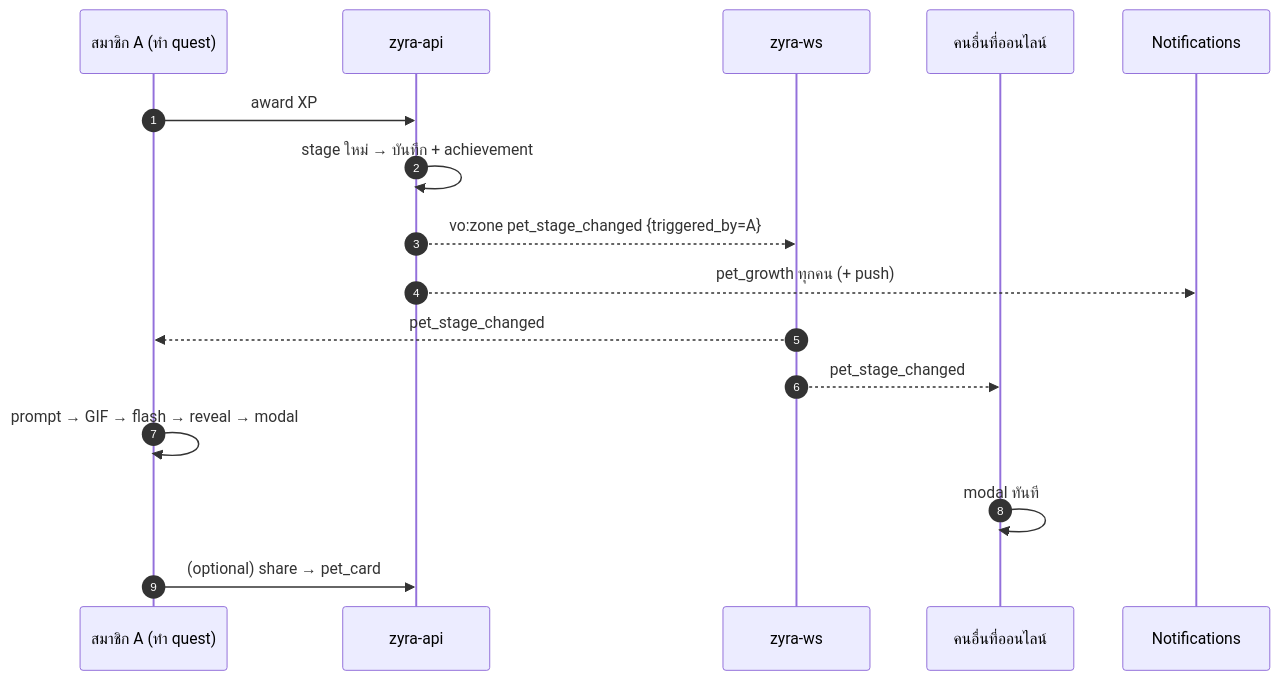
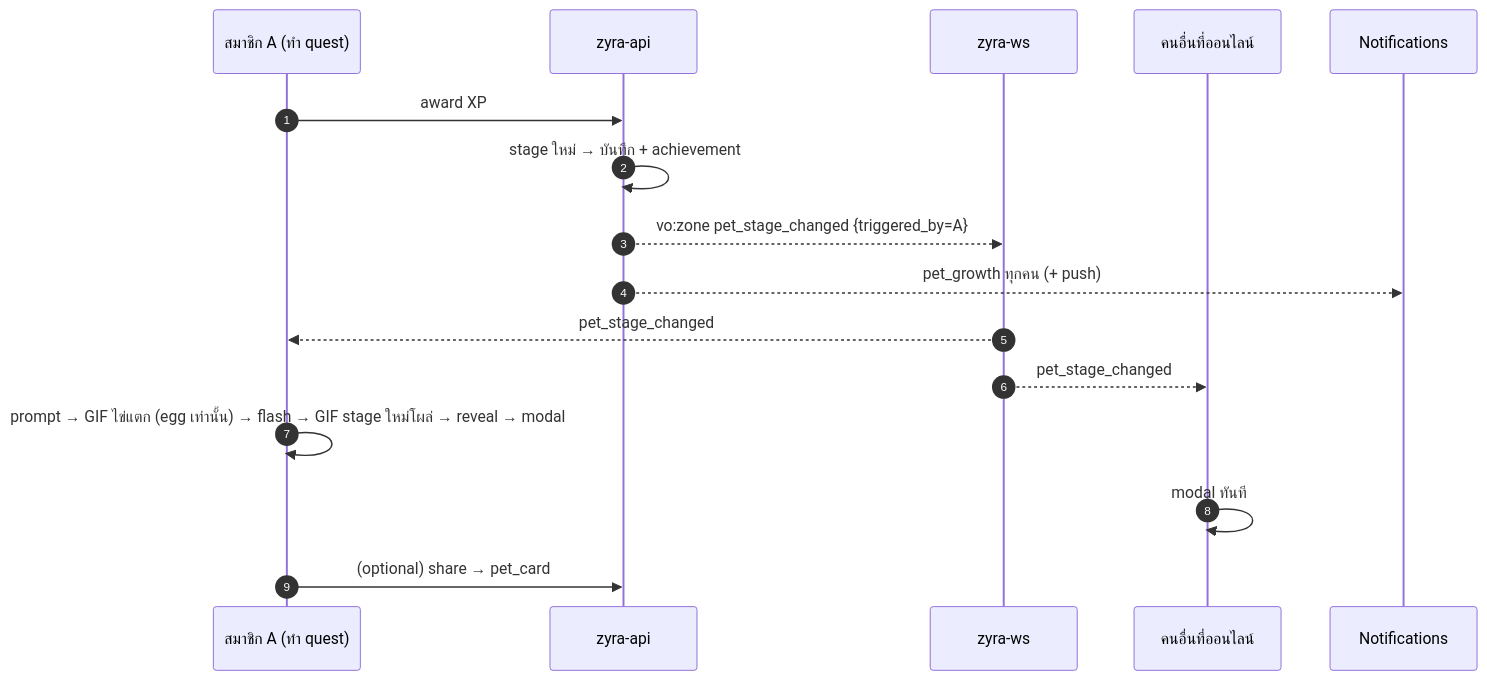
Before and after one commit to N2Pluto/zyra-doc: the diagram in plan/Roompet/evolution-flow.md, drawn with Mermaid. The commit also changed other lines of this file and 1 other file, not shown here.

Commit message:
docs(roompet): round 47 — arrival GIF phase, one pet size, Happy portraits, /dev/preview/room-pat (app #288)

````diff
--- a/plan/Roompet/evolution-flow.md
+++ b/plan/Roompet/evolution-flow.md
@@ -41,18 +42,18 @@
 ```mermaid
 sequenceDiagram
   autonumber
   participant A as สมาชิก A (ทำ quest)
   participant API as zyra-api
   participant WS as zyra-ws
   participant B as คนอื่นที่ออนไลน์
   participant N as Notifications
   A->>API: award XP
   API->>API: stage ใหม่ → บันทึก + achievement
   API-->>WS: vo:zone pet_stage_changed {triggered_by=A}
   API-->>N: pet_growth ทุกคน (+ push)
   WS-->>A: pet_stage_changed
   WS-->>B: pet_stage_changed
-  A->>A: prompt → GIF → flash → reveal → modal
+  A->>A: prompt → GIF ไข่แตก (egg เท่านั้น) → flash → GIF stage ใหม่โผล่ → reveal → modal
   B->>B: modal ทันที
   A->>API: (optional) share → pet_card
 ```
````
